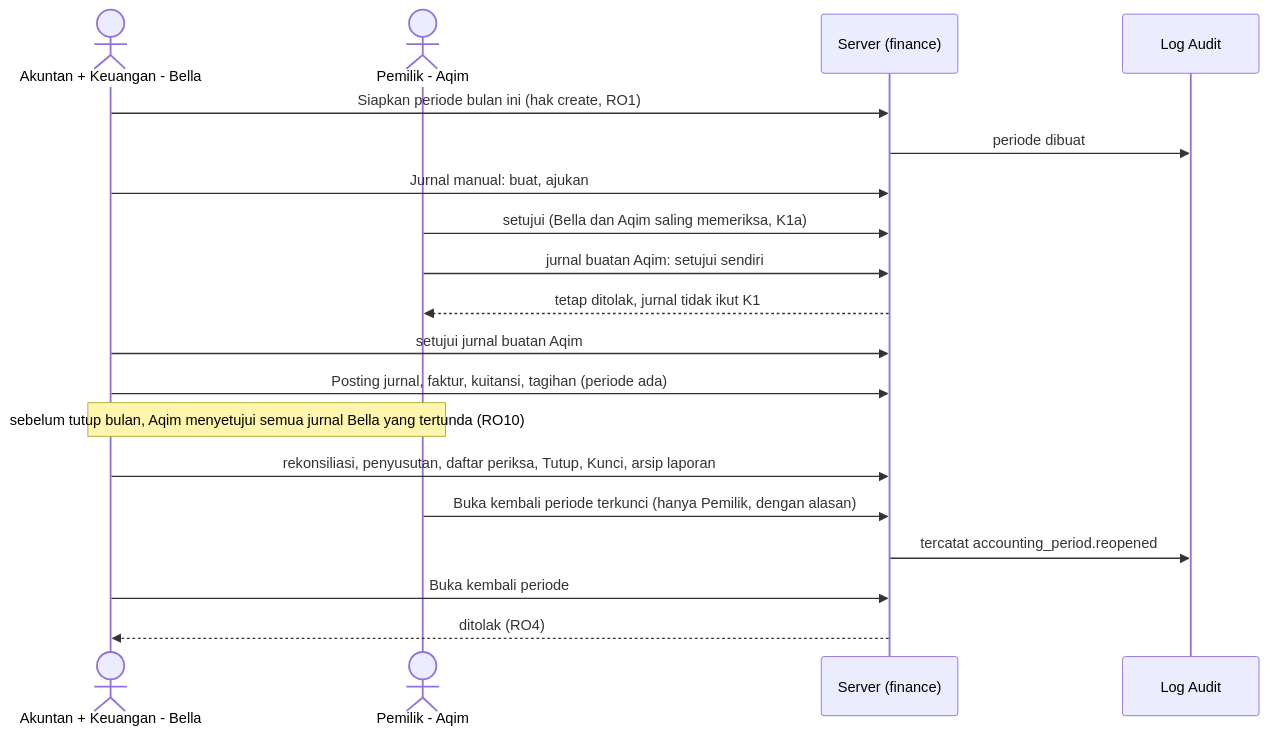
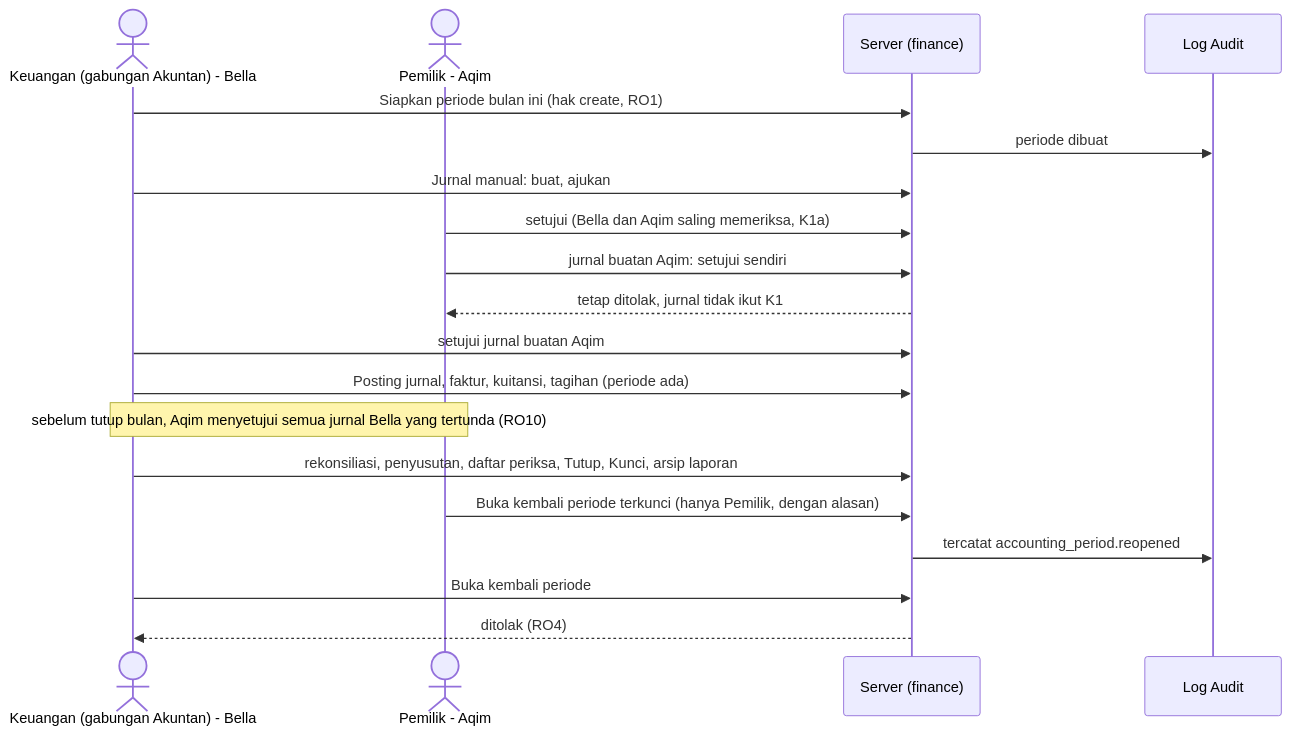
Diagram 16 of 22 in docs/adjustment/diagram-alur/sekarang-vs-sesudah.md (okifirsyah404/ims-erp), drawn with Mermaid before and after one commit. The commit also changed other lines of this file and 10 other files, not shown here.

````diff
--- a/docs/adjustment/diagram-alur/sekarang-vs-sesudah.md
+++ b/docs/adjustment/diagram-alur/sekarang-vs-sesudah.md
@@ -636,22 +655,22 @@
 ```mermaid
 sequenceDiagram
-    actor B as Akuntan + Keuangan - Bella
+    actor B as Keuangan (gabungan Akuntan) - Bella
     actor W as Pemilik - Aqim
     participant FN as Server (finance)
     participant AU as Log Audit
 
     B->>FN: Siapkan periode bulan ini (hak create, RO1)
     FN->>AU: periode dibuat
     B->>FN: Jurnal manual: buat, ajukan
     W->>FN: setujui (Bella dan Aqim saling memeriksa, K1a)
     W->>FN: jurnal buatan Aqim: setujui sendiri
     FN-->>W: tetap ditolak, jurnal tidak ikut K1
     B->>FN: setujui jurnal buatan Aqim
     B->>FN: Posting jurnal, faktur, kuitansi, tagihan (periode ada)
     Note over B,W: sebelum tutup bulan, Aqim menyetujui semua jurnal Bella yang tertunda (RO10)
     B->>FN: rekonsiliasi, penyusutan, daftar periksa, Tutup, Kunci, arsip laporan
     W->>FN: Buka kembali periode terkunci (hanya Pemilik, dengan alasan)
     FN->>AU: tercatat accounting_period.reopened
     B->>FN: Buka kembali periode
     FN-->>B: ditolak (RO4)
 ```
````
